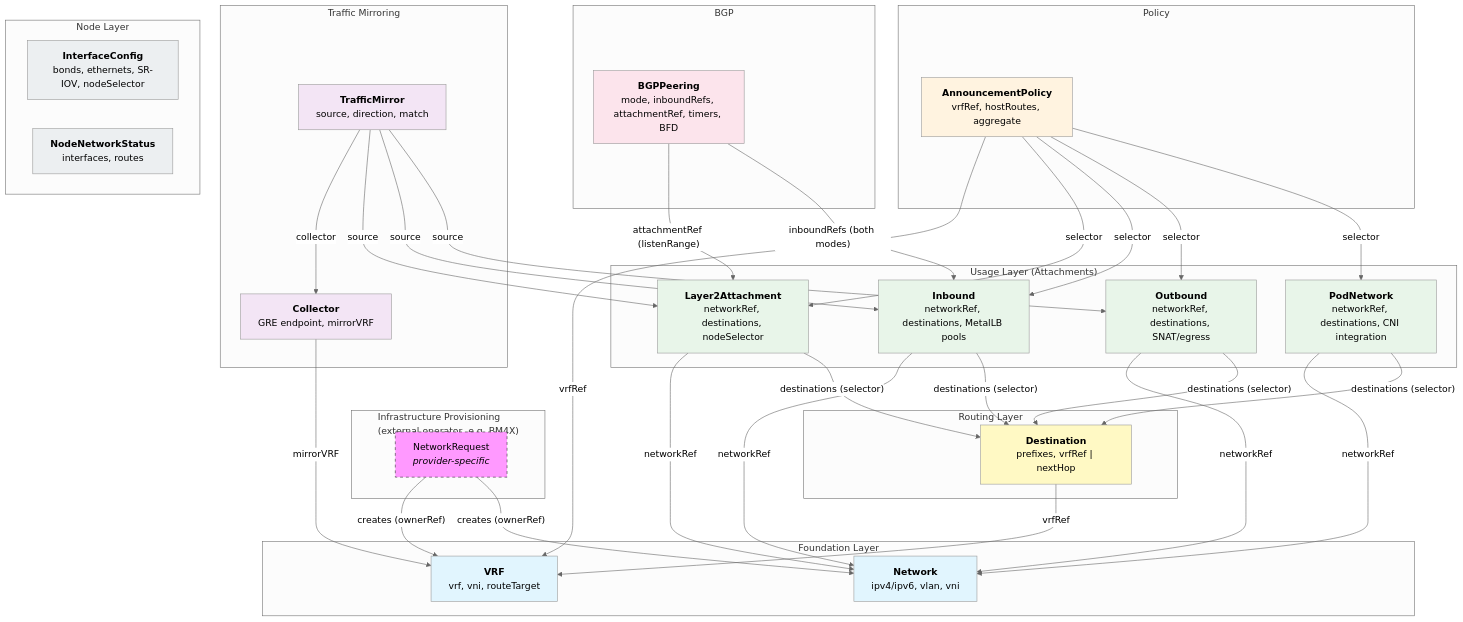
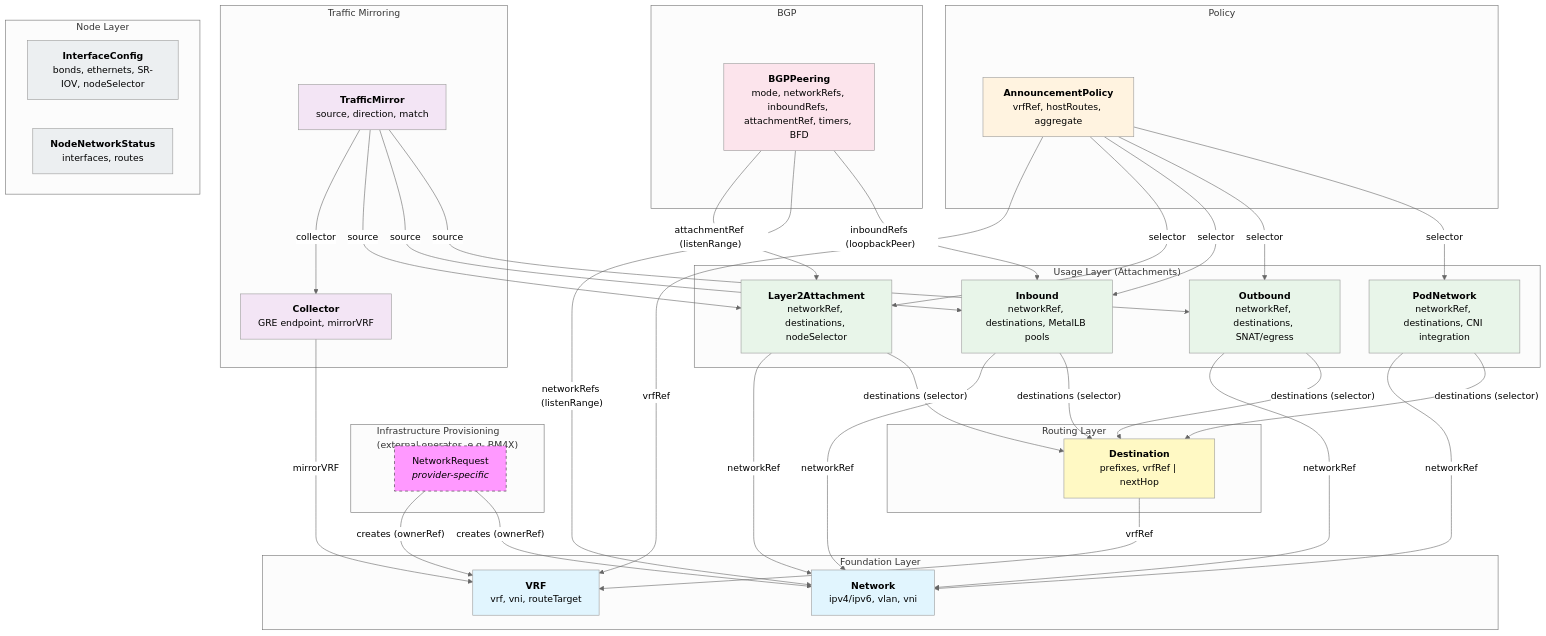
The first of 5 diagrams in docs/crds/README.md (telekom/das-schiff-network-operator), drawn with Mermaid (neutral theme) before and after one commit. The commit also changed other lines of this file and 12 other files, not shown here.

First line of the commit message:
feat(bgppeering): reference Networks for listenRange, Inbounds for loopbackPeer

```diff
--- a/docs/crds/README.md
+++ b/docs/crds/README.md
@@ -71,7 +71,7 @@
     end
 
     subgraph "BGP"
-        BGPPeering["<b>BGPPeering</b><br/>mode, inboundRefs, attachmentRef, timers, BFD"]
+        BGPPeering["<b>BGPPeering</b><br/>mode, networkRefs, inboundRefs, attachmentRef, timers, BFD"]
     end
 
     subgraph "Traffic Mirroring"
@@ -104,7 +104,8 @@
     PodNetwork -- "destinations (selector)" --> Destination
 
     BGPPeering -- "attachmentRef (listenRange)" --> L2A
-    BGPPeering -- "inboundRefs (both modes)" --> Inbound
+    BGPPeering -- "networkRefs (listenRange)" --> Network
+    BGPPeering -- "inboundRefs (loopbackPeer)" --> Inbound
 
     TrafficMirror -- "collector" --> Collector
     TrafficMirror -- "source" --> L2A
```
